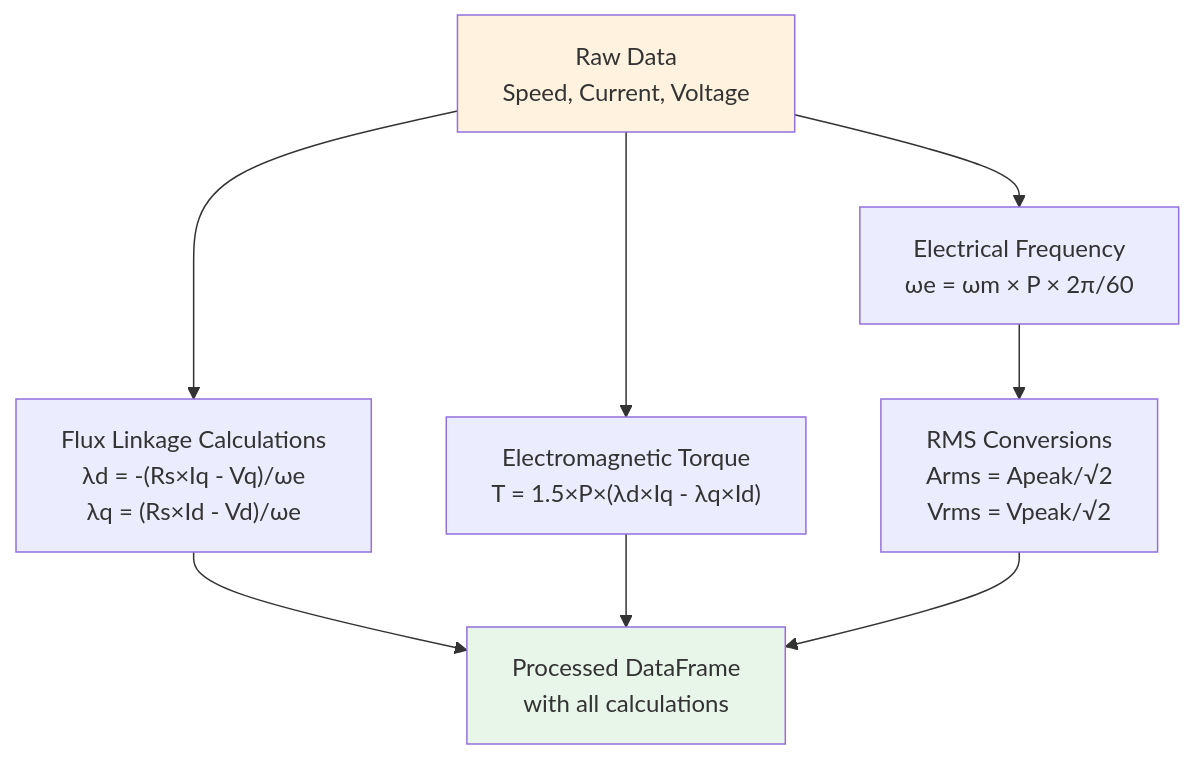
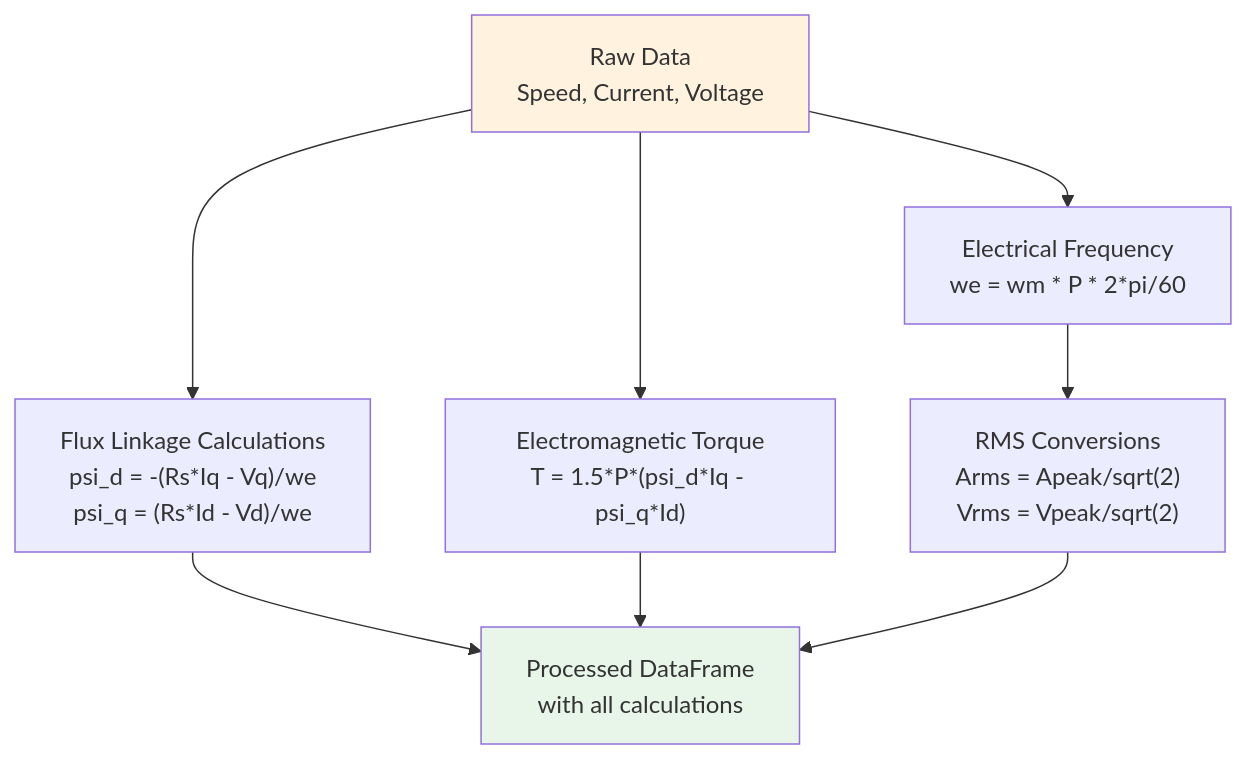
The third of 3 diagrams in docs/README.md (seanbf/tableGen), drawn with Mermaid before and after one commit. The commit also changed other lines of this file, not shown here.

Commit message:
Fix mermaid diagrams and equations: replace Unicode with ASCII for better compatibility

````diff
--- a/docs/README.md
+++ b/docs/README.md
@@ -103,14 +103,14 @@
 ```mermaid
 graph TD
-    RAW["Raw Data<br/>Speed, Current, Voltage"] --> FREQ["Electrical Frequency<br/>ωe = ωm × P × 2π/60"]
-    RAW --> FLUX["Flux Linkage Calculations<br/>λd = -(Rs×Iq - Vq)/ωe<br/>λq = (Rs×Id - Vd)/ωe"]
-    RAW --> TRQ["Electromagnetic Torque<br/>T = 1.5×P×(λd×Iq - λq×Id)"]
-    FREQ --> RMS["RMS Conversions<br/>Arms = Apeak/√2<br/>Vrms = Vpeak/√2"]
+    RAW["Raw Data<br/>Speed, Current, Voltage"] --> FREQ["Electrical Frequency<br/>we = wm * P * 2*pi/60"]
+    RAW --> FLUX["Flux Linkage Calculations<br/>psi_d = -(Rs*Iq - Vq)/we<br/>psi_q = (Rs*Id - Vd)/we"]
+    RAW --> TRQ["Electromagnetic Torque<br/>T = 1.5*P*(psi_d*Iq - psi_q*Id)"]
+    FREQ --> RMS["RMS Conversions<br/>Arms = Apeak/sqrt(2)<br/>Vrms = Vpeak/sqrt(2)"]
     
     FLUX --> OUT["Processed DataFrame<br/>with all calculations"]
     TRQ --> OUT
     RMS --> OUT
     
     style RAW fill:#fff3e0
     style OUT fill:#e8f5e9
 ```
````
